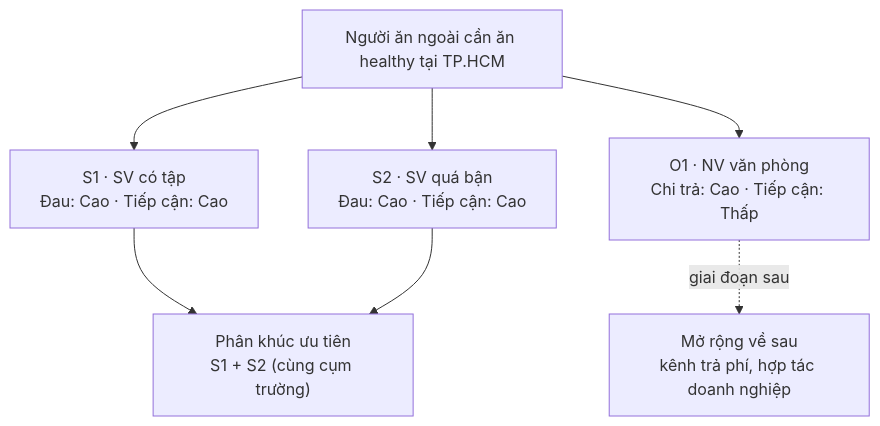
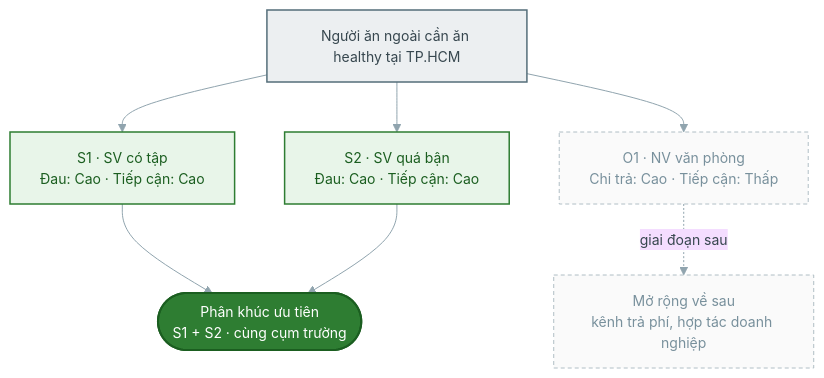
One commit to KieuDuyennn/start-up_nutriplan changed the second of 2 diagrams in docs/PA3-quang-ba/02-phan-khuc-khach-hang.md. Above: the diagram before and after it, drawn with Mermaid. The commit also changed other lines of this file, not shown here.

Commit message:
style(pa3): restyle item 2 diagrams with brand palette

````diff
--- a/docs/PA3-quang-ba/02-phan-khuc-khach-hang.md
+++ b/docs/PA3-quang-ba/02-phan-khuc-khach-hang.md
@@ -28,10 +35,19 @@
 ```mermaid
+%%{init: {'theme':'base','themeVariables':{'fontFamily':'Segoe UI, Roboto, sans-serif','fontSize':'14px','lineColor':'#90A4AE'}}}%%
 flowchart TD
   Market["Người ăn ngoài cần ăn healthy tại TP.HCM"]
   Market --> S1["S1 · SV có tập<br/>Đau: Cao · Tiếp cận: Cao"]
   Market --> S2["S2 · SV quá bận<br/>Đau: Cao · Tiếp cận: Cao"]
   Market --> O1["O1 · NV văn phòng<br/>Chi trả: Cao · Tiếp cận: Thấp"]
-  S1 --> Pick["Phân khúc ưu tiên<br/>S1 + S2 (cùng cụm trường)"]
+  S1 --> Pick(["Phân khúc ưu tiên<br/>S1 + S2 · cùng cụm trường"])
   S2 --> Pick
   O1 -. giai đoạn sau .-> Later["Mở rộng về sau<br/>kênh trả phí, hợp tác doanh nghiệp"]
+  classDef root fill:#ECEFF1,stroke:#546E7A,stroke-width:1.5px,color:#37474F;
+  classDef cand fill:#E8F5E9,stroke:#2E7D32,stroke-width:1.5px,color:#1B5E20;
+  classDef chosen fill:#2E7D32,stroke:#1B5E20,stroke-width:2px,color:#FFFFFF;
+  classDef muted fill:#FAFAFA,stroke:#B0BEC5,stroke-width:1px,color:#78909C,stroke-dasharray:4 3;
+  class Market root;
+  class S1,S2 cand;
+  class Pick chosen;
+  class O1,Later muted;
 ```
````
